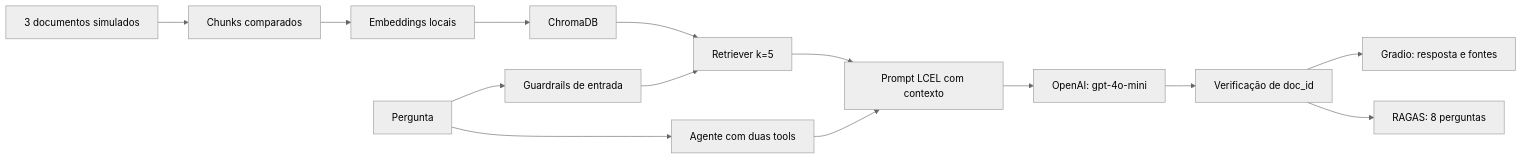
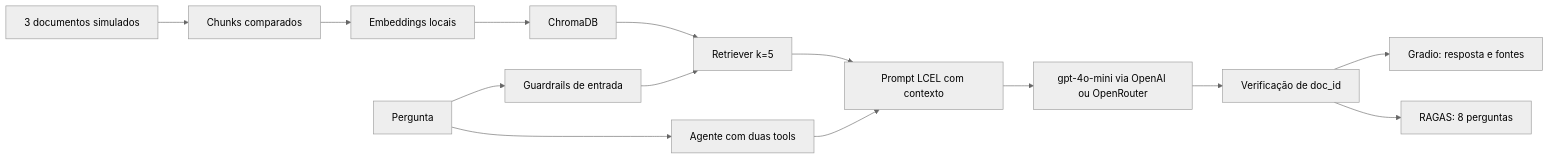
One commit to avgussto/gs2026-citizentech-mobilidade changed the diagram in 4_README.md. Above: the diagram before and after it, drawn with Mermaid (neutral theme). The commit also changed other lines of this file and 4 other files, not shown here.

````diff
--- a/4_README.md
+++ b/4_README.md
@@ -11,16 +11,16 @@
 ```mermaid
 flowchart LR
     A[3 documentos simulados] --> B[Chunks comparados]
     B --> C[Embeddings locais]
     C --> D[ChromaDB]
     Q[Pergunta] --> G[Guardrails de entrada]
     G --> R[Retriever k=5]
     D --> R
     R --> P[Prompt LCEL com contexto]
     Q --> T[Agente com duas tools]
     T --> P
-    P --> L[OpenAI: gpt-4o-mini]
+    P --> L[gpt-4o-mini via OpenAI ou OpenRouter]
     L --> V[Verificação de doc_id]
     V --> U[Gradio: resposta e fontes]
     V --> E[RAGAS: 8 perguntas]
 ```
````
